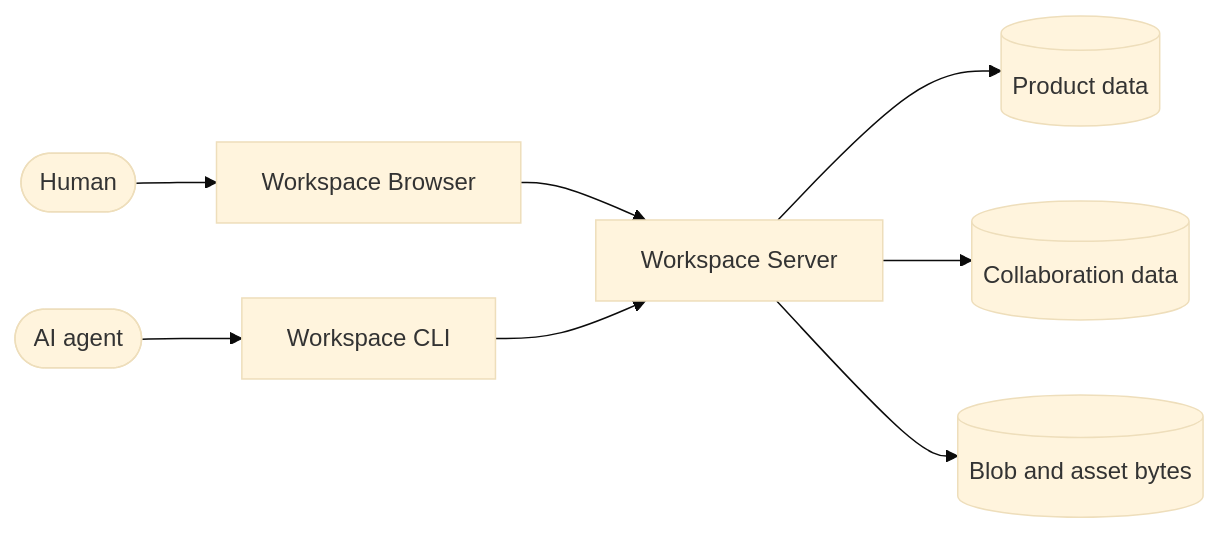
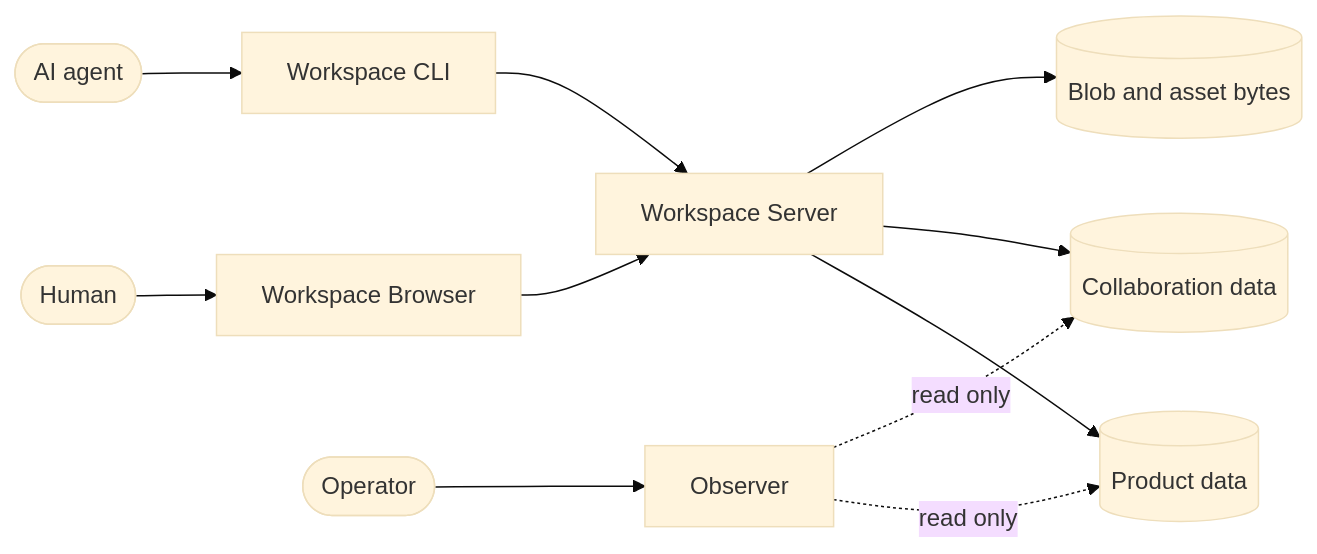
One commit to dream-num/univer-workspace changed the diagram in README.md. Above: the diagram before and after it, drawn with Mermaid (base theme). The commit also changed other lines of this file and 61 other files, not shown here.

````diff
--- a/README.md
+++ b/README.md
@@ -38,10 +38,13 @@
 ```mermaid
 flowchart LR
     Human([Human]) --> Browser[Workspace Browser]
     Agent([AI agent]) --> CLI[Workspace CLI]
     Browser --> Server[Workspace Server]
     CLI --> Server
+    Operator([Operator]) --> Observer[Observer]
     Server --> Product[(Product data)]
     Server --> Collaboration[(Collaboration data)]
     Server --> Blobs[(Blob and asset bytes)]
+    Observer -. read only .-> Product
+    Observer -. read only .-> Collaboration
 ```
````
